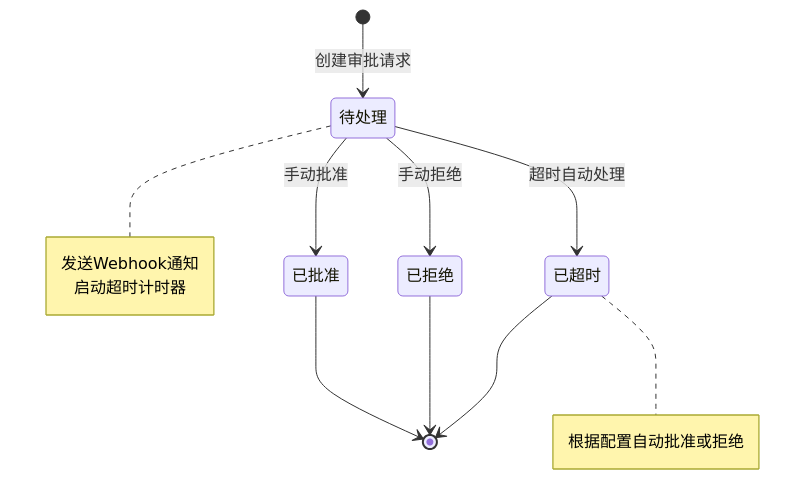
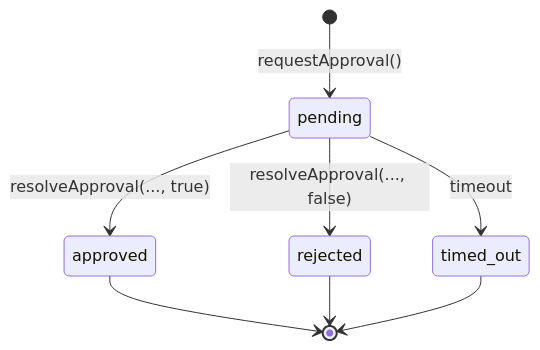
The third of 4 diagrams in public/loki-mode-docs/Policy Engine.md (nerdneilsfield/code-wiki-pages), drawn with Mermaid before and after one commit. The commit also changed other lines of this file and 399 other files, not shown here.

````diff
--- a/public/loki-mode-docs/Policy Engine.md
+++ b/public/loki-mode-docs/Policy Engine.md
@@ -153,19 +78,10 @@
 ```mermaid
 stateDiagram-v2
-    [*] --> 待处理: 创建审批请求
-    待处理 --> 已批准: 手动批准
-    待处理 --> 已拒绝: 手动拒绝
-    待处理 --> 已超时: 超时自动处理
-    已批准 --> [*]
-    已拒绝 --> [*]
-    已超时 --> [*]
-    
-    note right of 待处理
-        发送Webhook通知
-        启动超时计时器
-    end note
-    
-    note right of 已超时
-        根据配置自动批准或拒绝
-    end note
+    [*] --> pending: requestApproval()
+    pending --> approved: resolveApproval(..., true)
+    pending --> rejected: resolveApproval(..., false)
+    pending --> timed_out: timeout
+    approved --> [*]
+    rejected --> [*]
+    timed_out --> [*]
 ```
````
